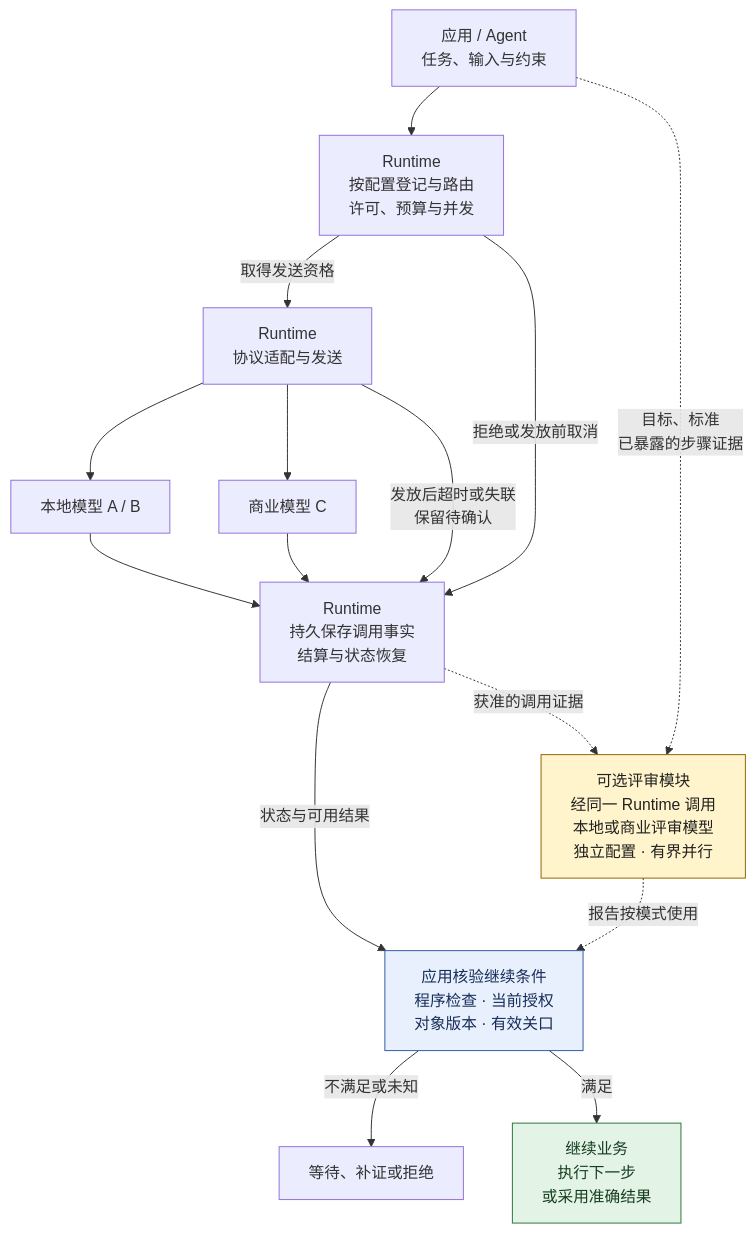
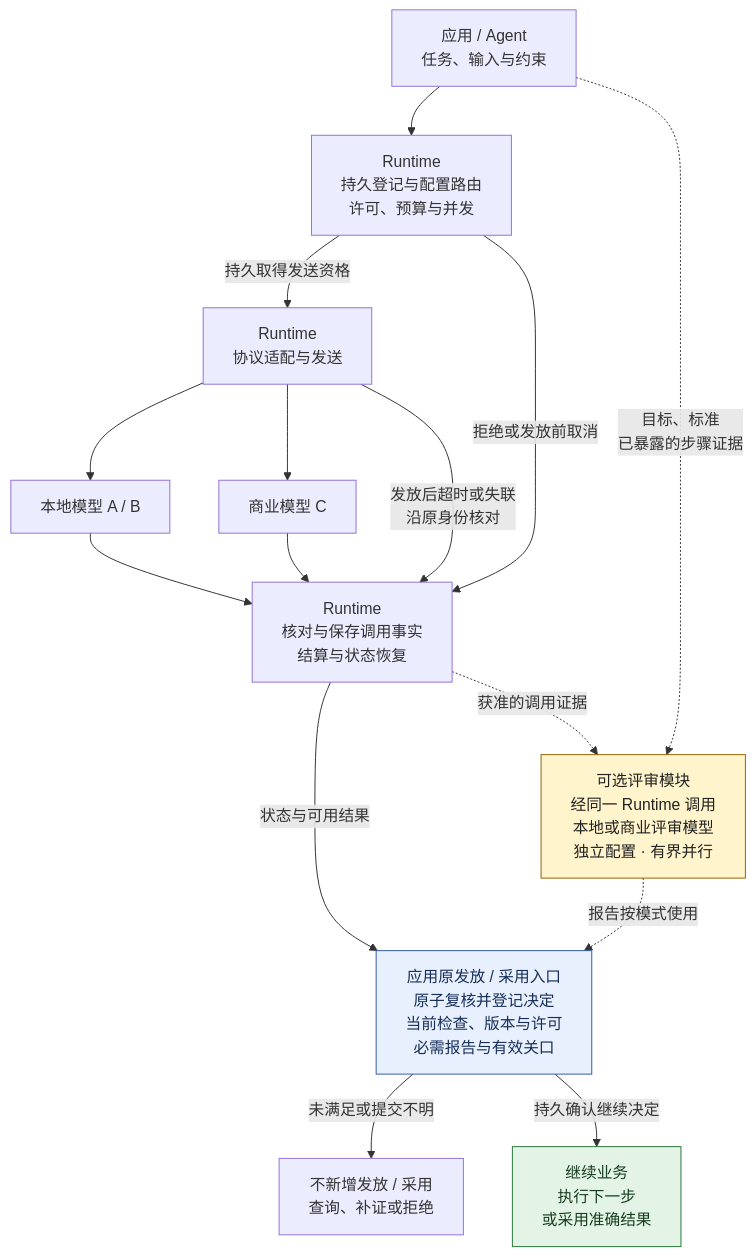
One commit to kongbu0621/infra-model-runtime changed the first of 2 diagrams in README.md. Above: the diagram before and after it, drawn with Mermaid. The commit also changed other lines of this file, not shown here.

````diff
--- a/README.md
+++ b/README.md
@@ -38,36 +38,36 @@
 ```mermaid
 %%{init: {"flowchart": {"wrappingWidth": 240}}}%%
 flowchart TB
     A["应用 / Agent<br/>任务、输入与约束"]
-    B["Runtime<br/>按配置登记与路由<br/>许可、预算与并发"]
+    B["Runtime<br/>持久登记与配置路由<br/>许可、预算与并发"]
     D["Runtime<br/>协议适配与发送"]
     L["本地模型 A / B"]
     C["商业模型 C"]
-    R["Runtime<br/>持久保存调用事实<br/>结算与状态恢复"]
+    R["Runtime<br/>核对与保存调用事实<br/>结算与状态恢复"]
     S["可选评审模块<br/>经同一 Runtime 调用<br/>本地或商业评审模型<br/>独立配置 · 有界并行"]
-    U["应用核验继续条件<br/>程序检查 · 当前授权<br/>对象版本 · 有效关口"]
-    W["等待、补证或拒绝"]
+    U["应用原发放 / 采用入口<br/>原子复核并登记决定<br/>当前检查、版本与许可<br/>必需报告与有效关口"]
+    W["不新增发放 / 采用<br/>查询、补证或拒绝"]
     Z["继续业务<br/>执行下一步<br/>或采用准确结果"]
 
     A --> B
-    B -->|取得发送资格| D
+    B -->|持久取得发送资格| D
     B -->|拒绝或发放前取消| R
     D --> L
     D --> C
     L --> R
     C --> R
-    D -->|"发放后超时或失联<br/>保留待确认"| R
+    D -->|"发放后超时或失联<br/>沿原身份核对"| R
     R -->|状态与可用结果| U
     A -.->|"目标、标准<br/>已暴露的步骤证据"| S
     R -.->|获准的调用证据| S
     S -.->|报告按模式使用| U
-    U -->|不满足或未知| W
-    U -->|满足| Z
+    U -->|未满足或提交不明| W
+    U -->|持久确认继续决定| Z
 
     classDef optional fill:#fff4cc,stroke:#946200,color:#222;
     classDef decision fill:#e8f0fe,stroke:#315ba8,color:#172e59;
     classDef outcome fill:#e3f3e5,stroke:#29783b,color:#173d21;
     class S optional;
     class U decision;
     class Z outcome;
 ```
````
